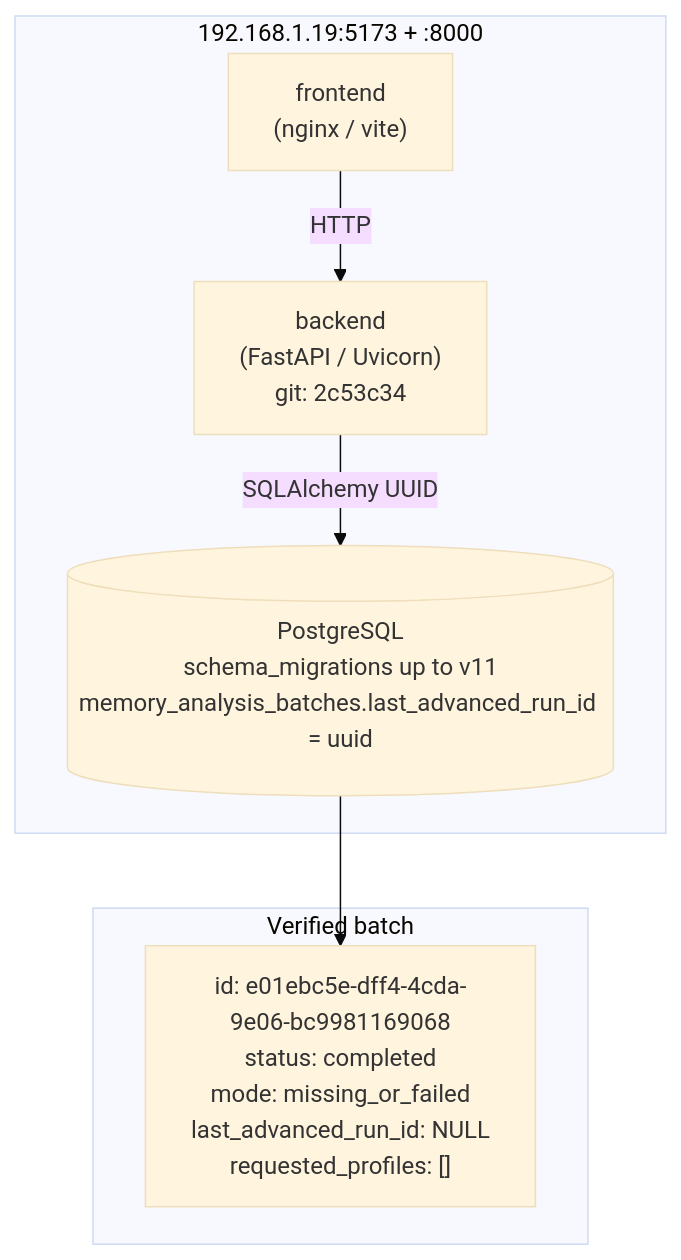
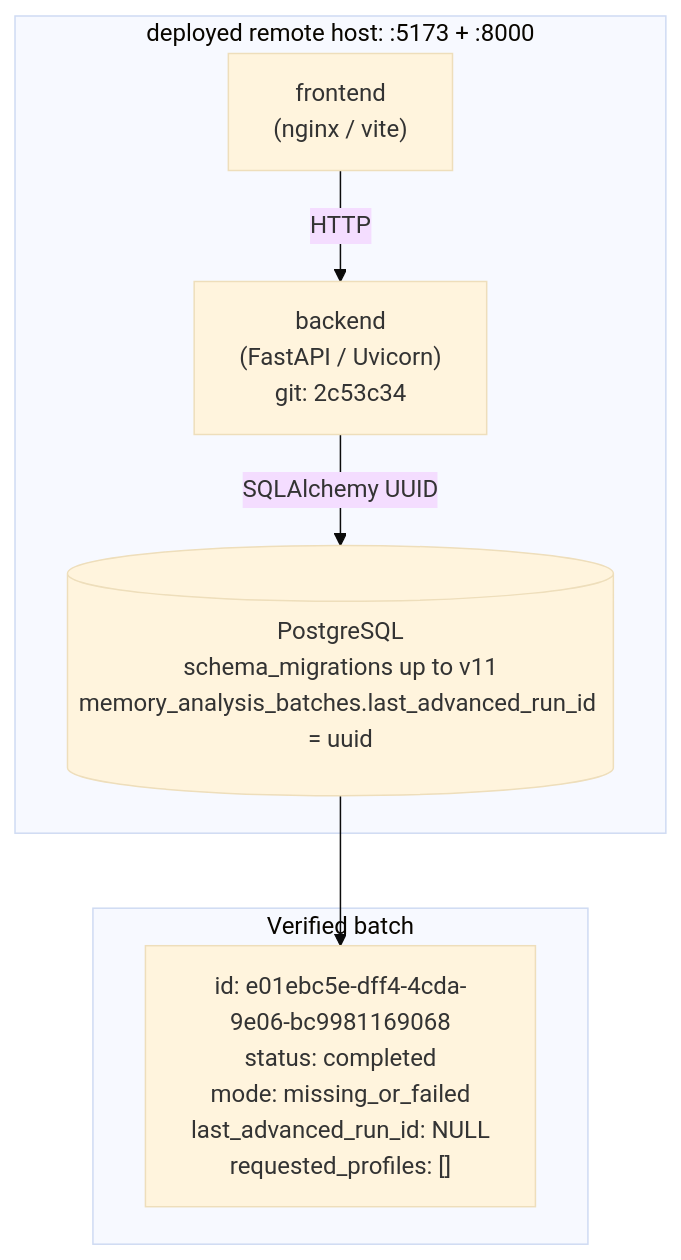
The fifth of 5 diagrams in STATE.md (yokddj/kairon-dfir), drawn with Mermaid (base theme) before and after one commit. The commit also changed 9 other files, not shown here.

````diff
--- a/STATE.md
+++ b/STATE.md
@@ -78,14 +78,14 @@
 ```mermaid
 graph TB
-    subgraph REMOTE["192.168.1.19:5173 + :8000"]
+    subgraph REMOTE["deployed remote host: :5173 + :8000"]
         FE["frontend<br/>(nginx / vite)"]
         BE["backend<br/>(FastAPI / Uvicorn)<br/>git: 2c53c34"]
         PG[("PostgreSQL<br/>schema_migrations up to v11<br/>memory_analysis_batches.last_advanced_run_id = uuid")]
     end
     subgraph BATCH["Verified batch"]
         B["id: e01ebc5e-dff4-4cda-9e06-bc9981169068<br/>status: completed<br/>mode: missing_or_failed<br/>last_advanced_run_id: NULL<br/>requested_profiles: []"]
     end
     FE -->|HTTP| BE
     BE -->|SQLAlchemy UUID| PG
     PG --> B
 ```
````
